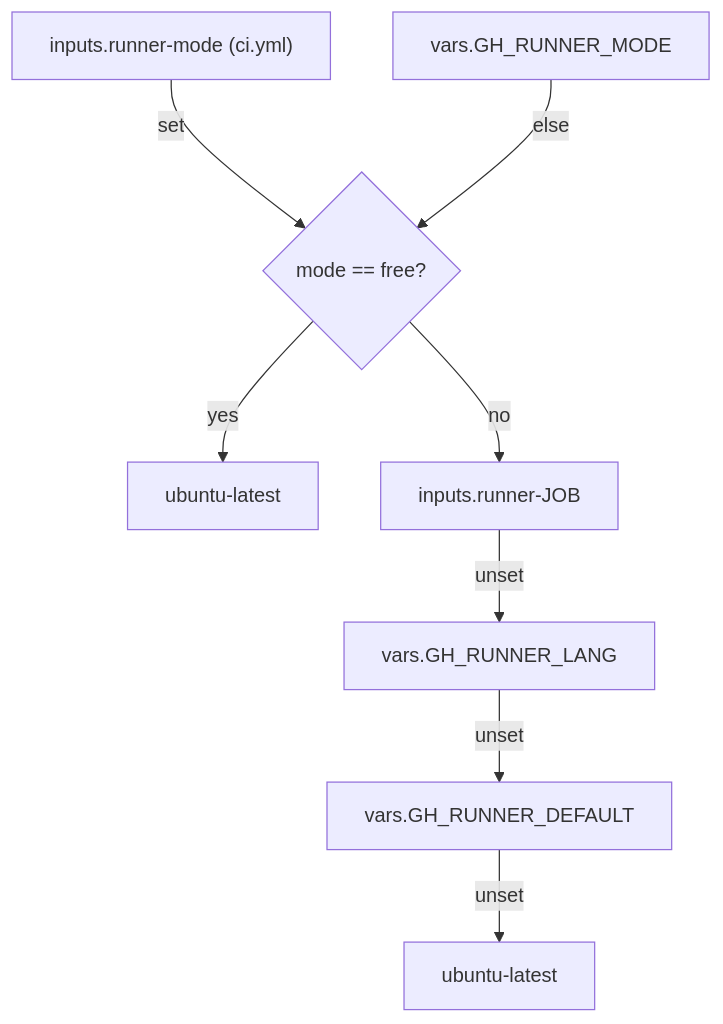
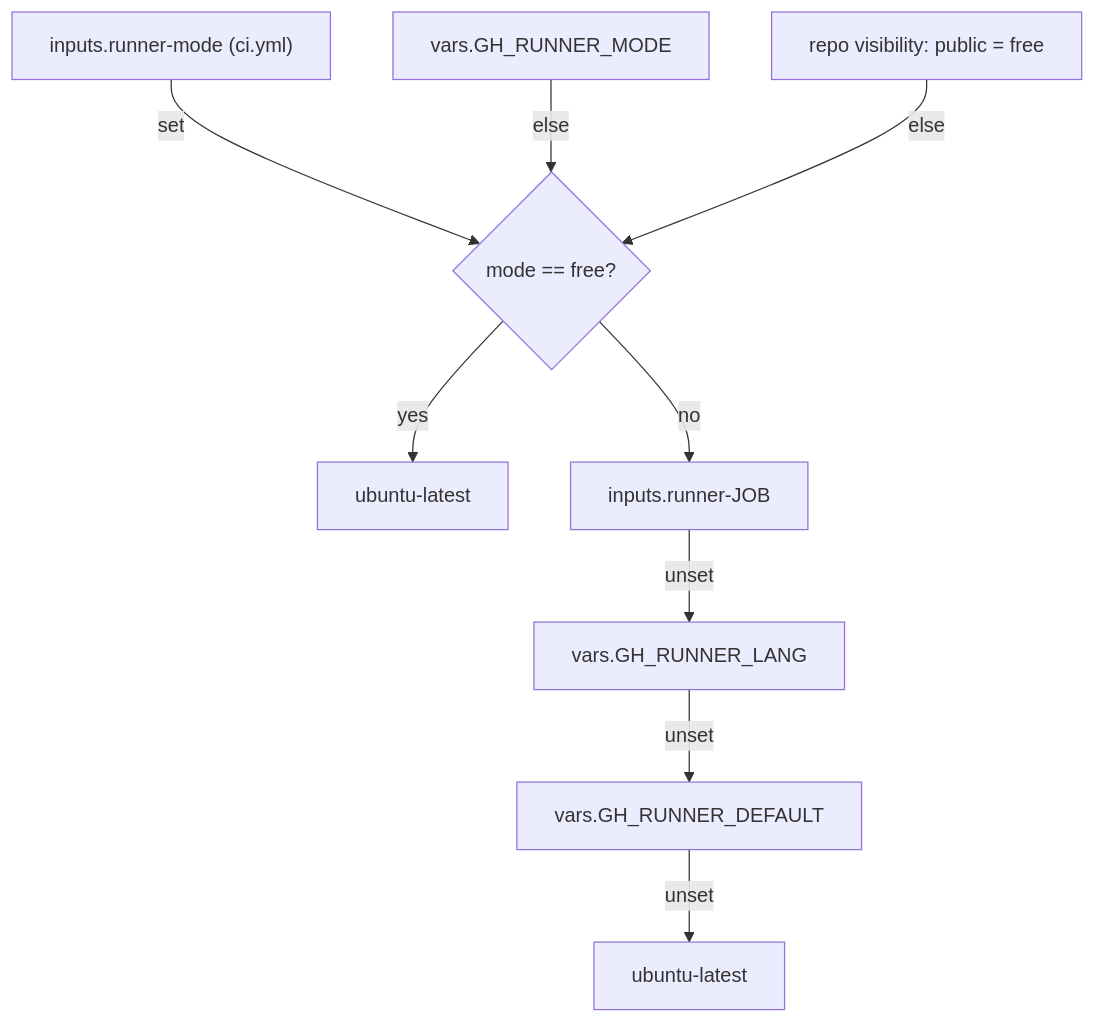
The diagram in docs/runtime/runners.md (hyperi-io/hyperi-ci), drawn with Mermaid before and after one commit. The commit also changed other lines of this file and 18 other files, not shown here.

First line of the commit message:
fix(ci): route runners by repo visibility, one mode per run

````diff
--- a/docs/runtime/runners.md
+++ b/docs/runtime/runners.md
@@ -30,10 +27,11 @@
 ```mermaid
 flowchart TD
     A["inputs.runner-mode (ci.yml)"] -->|set| R{"mode == free?"}
     B["vars.GH_RUNNER_MODE"] -->|else| R
+    V["repo visibility: public = free"] -->|else| R
     R -->|yes| F["ubuntu-latest"]
     R -->|no| J["inputs.runner-JOB"]
     J -->|unset| L["vars.GH_RUNNER_LANG"]
     L -->|unset| D["vars.GH_RUNNER_DEFAULT"]
     D -->|unset| U["ubuntu-latest"]
 ```
````
